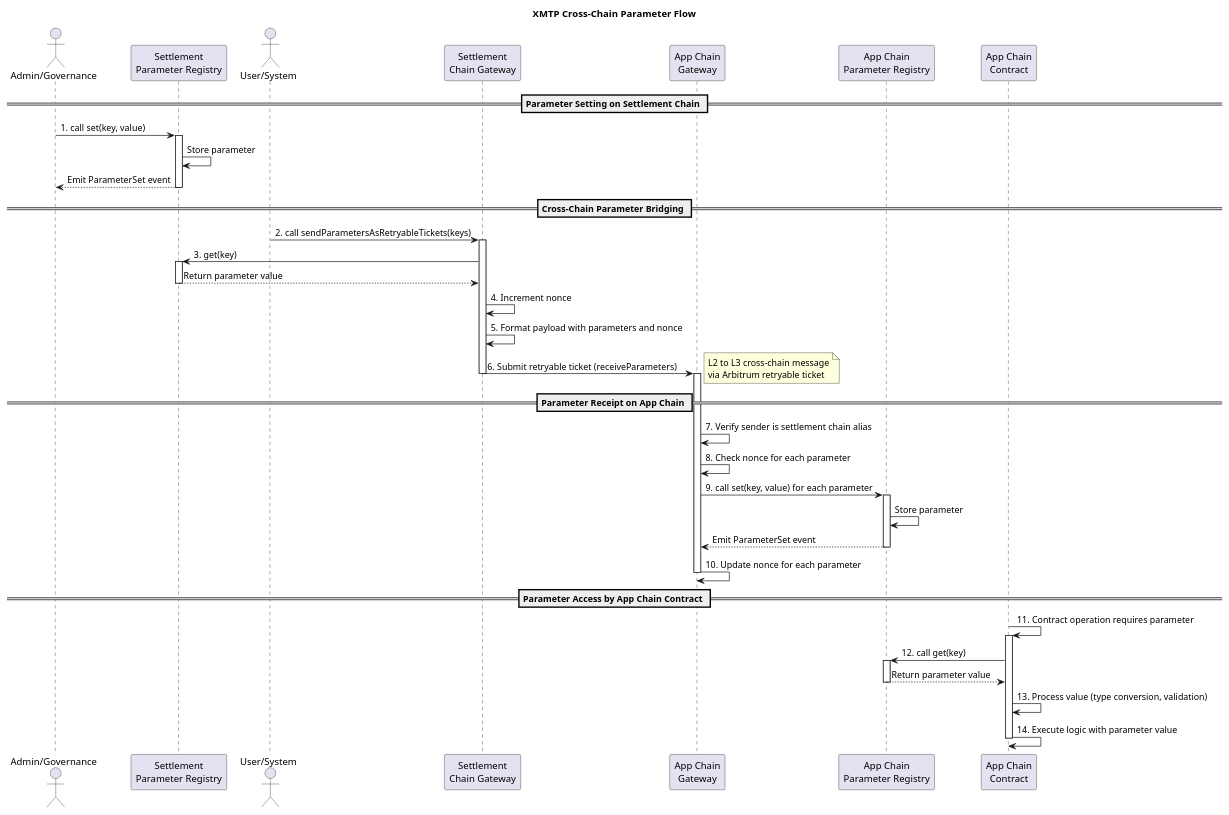
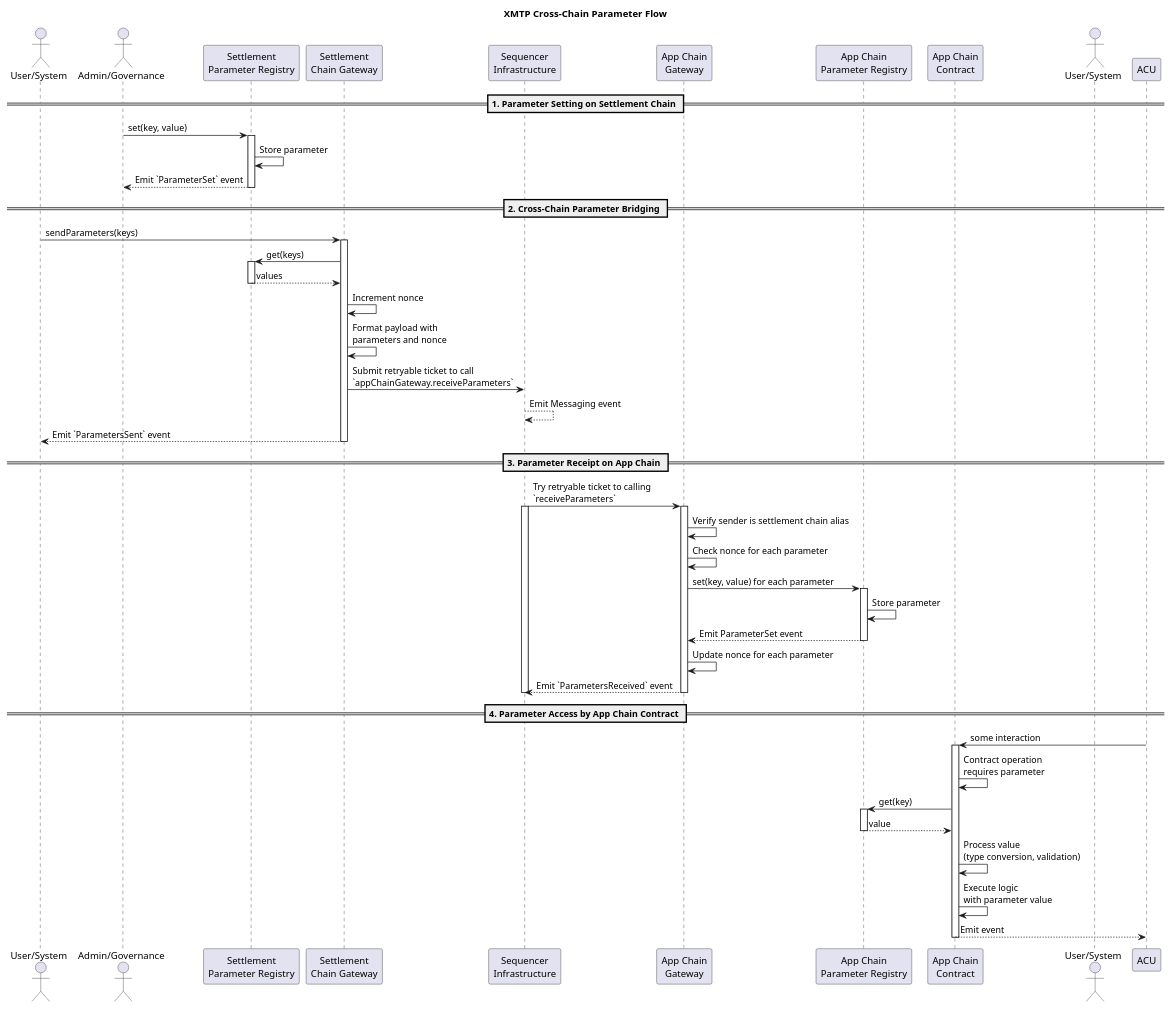
The first of 2 diagrams in doc/parameter-flow.md (xmtp/smart-contracts), drawn with PlantUML before and after one commit. The commit also changed other lines of this file and 1 other file, not shown here.

Commit message:
doc: Parameter bridging flow

````diff
--- a/doc/parameter-flow.md
+++ b/doc/parameter-flow.md
@@ -7,57 +7,79 @@
 ```plantuml
 @startuml
 title XMTP Cross-Chain Parameter Flow
 
+actor "User/System" as SCU
 actor "Admin/Governance" as Admin
 participant "Settlement\nParameter Registry" as SPR
-actor "User/System" as User
 participant "Settlement\nChain Gateway" as SCG
+participant "Sequencer\nInfrastructure" as SI
 participant "App Chain\nGateway" as ACG
 participant "App Chain\nParameter Registry" as APR
 participant "App Chain\nContract" as ACC
+actor "User/System" as ASU
 
-== Parameter Setting on Settlement Chain ==
-Admin -> SPR: 1. call set(key, value)
+== 1. Parameter Setting on Settlement Chain ==
+Admin -> SPR: set(key, value)
+
 activate SPR
 SPR -> SPR: Store parameter
-SPR --> Admin: Emit ParameterSet event
+SPR --> Admin: Emit `ParameterSet` event
 deactivate SPR
 
-== Cross-Chain Parameter Bridging ==
-User -> SCG: 2. call sendParametersAsRetryableTickets(keys)
+== 2. Cross-Chain Parameter Bridging ==
+SCU -> SCG: sendParameters(keys)
+
 activate SCG
-SCG -> SPR: 3. get(key)
+SCG -> SPR: get(keys)
+
 activate SPR
-SPR --> SCG: Return parameter value
+SPR --> SCG: values
 deactivate SPR
-SCG -> SCG: 4. Increment nonce
-SCG -> SCG: 5. Format payload with parameters and nonce
-SCG -> ACG: 6. Submit retryable ticket (receiveParameters)
-note right: L2 to L3 cross-chain message\nvia Arbitrum retryable ticket
+
+SCG -> SCG: Increment nonce
+SCG -> SCG: Format payload with\nparameters and nonce
+SCG -> SI: Submit retryable ticket to call\n`appChainGateway.receiveParameters`
+SI --> SI: Emit Messaging event
+SCG --> SCU: Emit `ParametersSent` event
 deactivate SCG
 
-== Parameter Receipt on App Chain ==
+== 3. Parameter Receipt on App Chain ==
+
+SI -> ACG: Try retryable ticket to calling\n`receiveParameters`
+
+activate SI
+
 activate ACG
-ACG -> ACG: 7. Verify sender is settlement chain alias
-ACG -> ACG: 8. Check nonce for each parameter
-ACG -> APR: 9. call set(key, value) for each parameter
+ACG -> ACG: Verify sender is settlement chain alias
+ACG -> ACG: Check nonce for each parameter
+ACG -> APR: set(key, value) for each parameter
+
 activate APR
 APR -> APR: Store parameter
 APR --> ACG: Emit ParameterSet event
 deactivate APR
-ACG -> ACG: 10. Update nonce for each parameter
+
+ACG -> ACG: Update nonce for each parameter
+ACG --> SI: Emit `ParametersReceived` event
 deactivate ACG
 
-== Parameter Access by App Chain Contract ==
-ACC -> ACC: 11. Contract operation requires parameter
+deactivate SI
+
+== 4. Parameter Access by App Chain Contract ==
+ACU -> ACC: some interaction
+
 activate ACC
-ACC -> APR: 12. call get(key)
+ACC -> ACC: Contract operation\nrequires parameter
+ACC -> APR: get(key)
+
 activate APR
-APR --> ACC: Return parameter value
+APR --> ACC: value
 deactivate APR
-ACC -> ACC: 13. Process value (type conversion, validation)
-ACC -> ACC: 14. Execute logic with parameter value
+
+ACC -> ACC: Process value\n(type conversion, validation)
+ACC -> ACC: Execute logic\nwith parameter value
+ACC --> ACU: Emit event
 deactivate ACC
 
 @enduml
 ```
````
